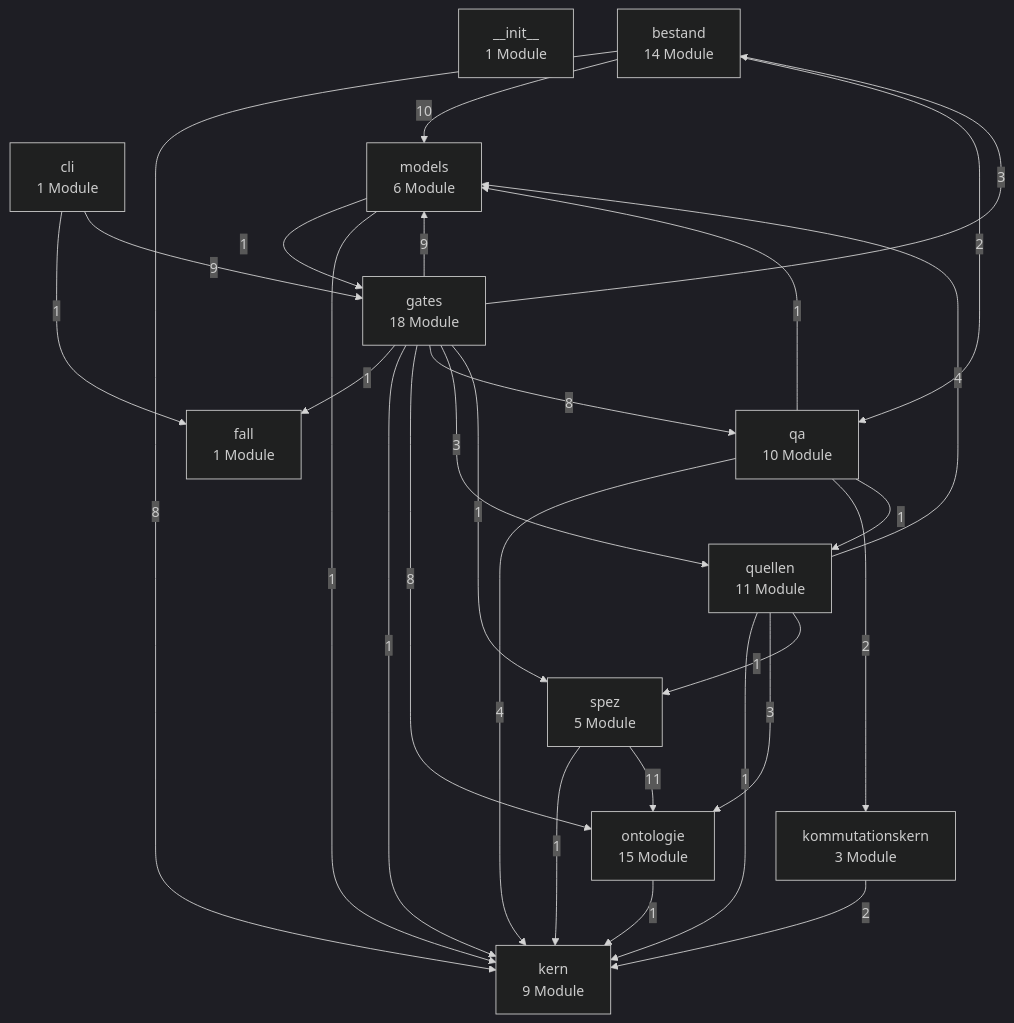
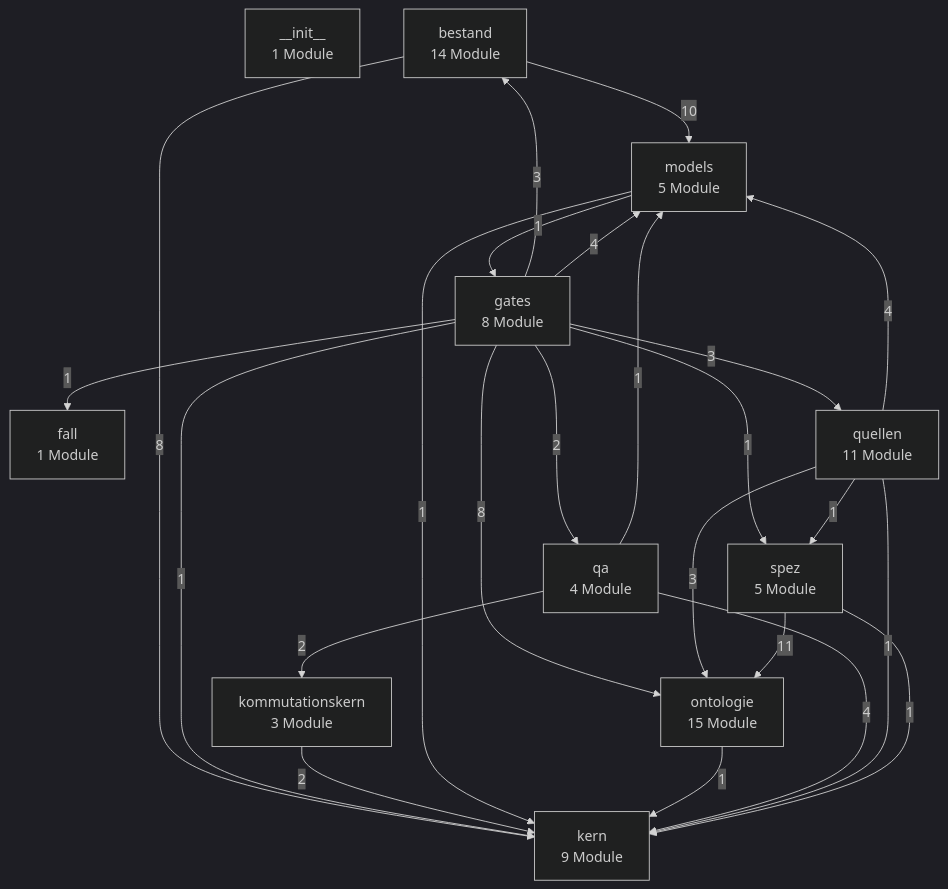
The first of 3 diagrams in docs/architektur/landkarte.md (bartlmac/rechner-pipeline), drawn with Mermaid (dark theme) before and after one commit. The commit also changed other lines of this file and 59 other files, not shown here.

````diff
--- a/docs/architektur/landkarte.md
+++ b/docs/architektur/landkarte.md
@@ -27,43 +27,38 @@
 ```mermaid
 %% Schichten — erzeugt von ontologie.landkarte
 flowchart TD
     n__init__["__init__<br/>1 Module"]
     bestand["bestand<br/>14 Module"]
-    cli["cli<br/>1 Module"]
     fall["fall<br/>1 Module"]
-    gates["gates<br/>18 Module"]
+    gates["gates<br/>8 Module"]
     kern["kern<br/>9 Module"]
     kommutationskern["kommutationskern<br/>3 Module"]
-    models["models<br/>6 Module"]
+    models["models<br/>5 Module"]
     ontologie["ontologie<br/>15 Module"]
-    qa["qa<br/>10 Module"]
+    qa["qa<br/>4 Module"]
     quellen["quellen<br/>11 Module"]
     spez["spez<br/>5 Module"]
     bestand -- 8 --> kern
     bestand -- 10 --> models
-    bestand -- 2 --> qa
-    cli -- 1 --> fall
-    cli -- 9 --> gates
     gates -- 3 --> bestand
     gates -- 1 --> fall
     gates -- 1 --> kern
-    gates -- 9 --> models
+    gates -- 4 --> models
     gates -- 8 --> ontologie
-    gates -- 8 --> qa
+    gates -- 2 --> qa
     gates -- 3 --> quellen
     gates -- 1 --> spez
     kommutationskern -- 2 --> kern
     models -- 1 --> gates
     models -- 1 --> kern
     ontologie -- 1 --> kern
     qa -- 4 --> kern
     qa -- 2 --> kommutationskern
     qa -- 1 --> models
-    qa -- 1 --> quellen
     quellen -- 1 --> kern
     quellen -- 4 --> models
     quellen -- 3 --> ontologie
     quellen -- 1 --> spez
     spez -- 1 --> kern
     spez -- 11 --> ontologie
 ```
````
